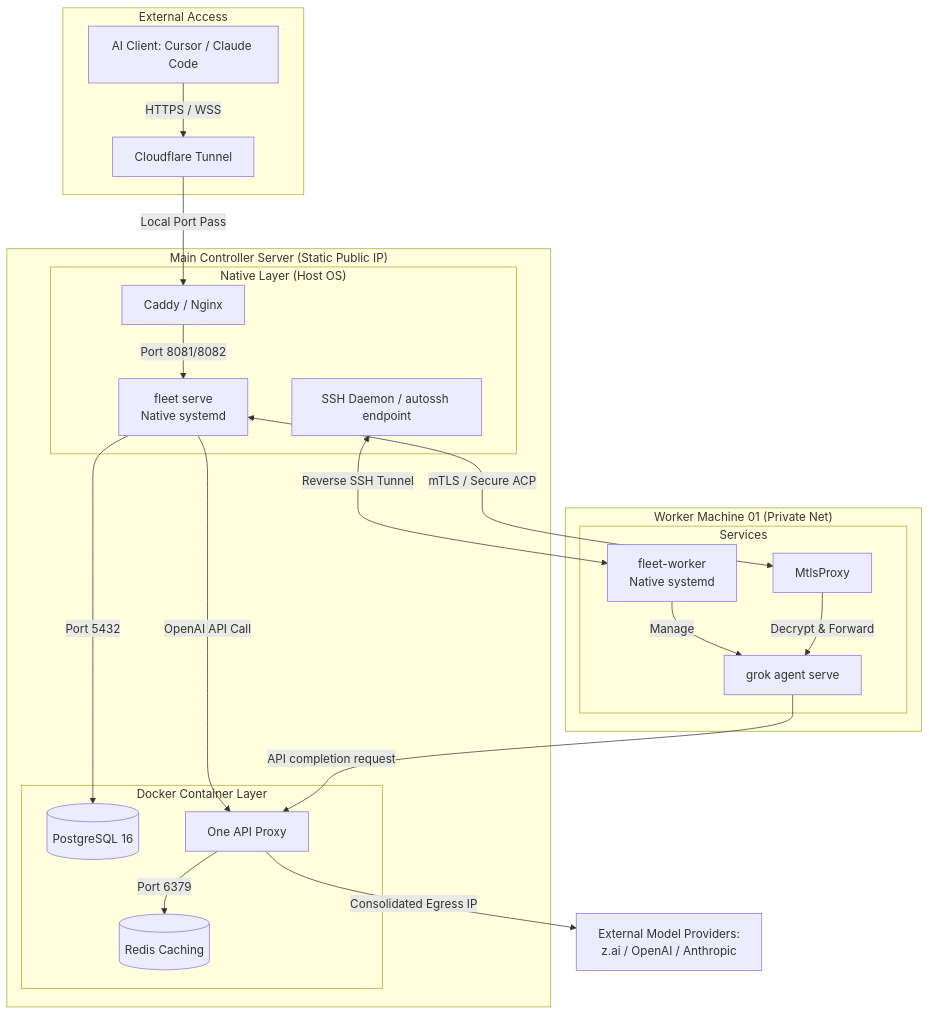
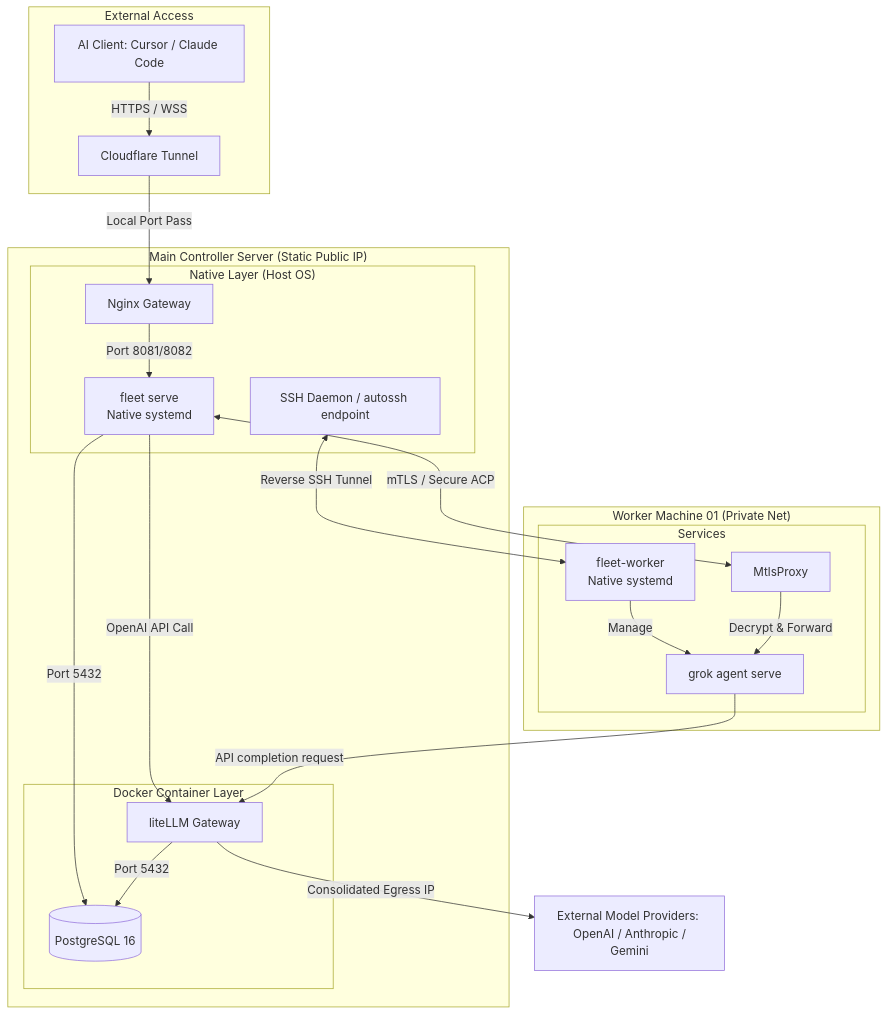
The diagram in docs/proposed_server_architecture.md (yarang/grok-fleet-orchestrator), drawn with Mermaid before and after one commit. The commit also changed other lines of this file and 3 other files, not shown here.

First line of the commit message:
docs: align server architecture with liteLLM and replace example domains

````diff
--- a/docs/proposed_server_architecture.md
+++ b/docs/proposed_server_architecture.md
@@ -17,37 +19,37 @@
 ```mermaid
 graph TD
     subgraph "External Access"
         Client[AI Client: Cursor / Claude Code] -->|HTTPS / WSS| CF_Tunnel[Cloudflare Tunnel]
     end
 
     subgraph "Main Controller Server (Static Public IP)"
-        CF_Tunnel -->|Local Port Pass| ReverseProxy[Caddy / Nginx]
+        CF_Tunnel -->|Local Port Pass| ReverseProxy[Nginx Gateway]
         
         subgraph "Native Layer (Host OS)"
             ReverseProxy -->|Port 8081/8082| FleetServe[fleet serve \n Native systemd]
             autosshd[SSH Daemon / autossh endpoint]
         end
 
         subgraph "Docker Container Layer"
             FleetServe -->|Port 5432| PgDB[(PostgreSQL 16)]
-            FleetServe -->|OpenAI API Call| OneAPI[One API Proxy]
-            OneAPI -->|Port 6379| Redis[(Redis Caching)]
+            FleetServe -->|OpenAI API Call| LiteLLM[liteLLM Gateway]
+            LiteLLM -->|Port 5432| PgDB
         end
     end
 
     subgraph "Worker Machine 01 (Private Net)"
         subgraph "Services"
             WorkerDaemon01[fleet-worker \n Native systemd]
             MtlsProxy01[MtlsProxy]
             GrokAgent01[grok agent serve]
         end
         WorkerDaemon01 -->|Manage| GrokAgent01
         MtlsProxy01 -->|Decrypt & Forward| GrokAgent01
     end
 
     %% Connections
     autosshd <-->|Reverse SSH Tunnel| WorkerDaemon01
     FleetServe <-->|mTLS / Secure ACP| MtlsProxy01
-    GrokAgent01 -->|API completion request| OneAPI
-    OneAPI -->|Consolidated Egress IP| ExtAPI[External Model Providers: \n z.ai / OpenAI / Anthropic]
+    GrokAgent01 -->|API completion request| LiteLLM
+    LiteLLM -->|Consolidated Egress IP| ExtAPI[External Model Providers: \n OpenAI / Anthropic / Gemini]
 ```
````
